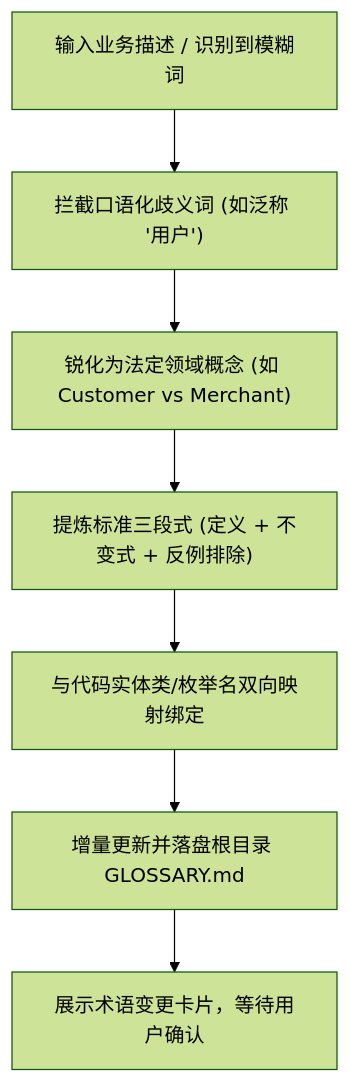
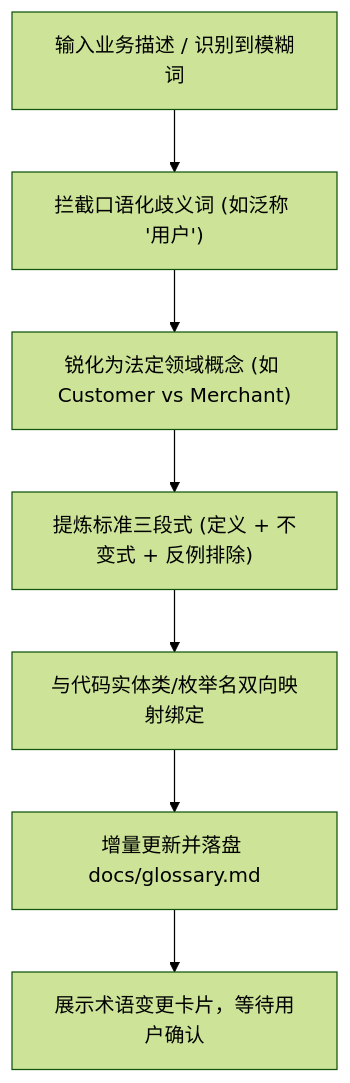
One commit to atengk/skills changed the diagram in docs/skills/at-glossary.md. Above: the diagram before and after it, drawn with Mermaid (forest theme). The commit also changed other lines of this file and 31 other files, not shown here.

````diff
--- a/docs/skills/at-glossary.md
+++ b/docs/skills/at-glossary.md
@@ -41,9 +41,9 @@
 ```mermaid
 flowchart TD
     Start["输入业务描述 / 识别到模糊词"] --> Detect["拦截口语化歧义词 (如泛称 '用户')"]
     Detect --> Sharpen["锐化为法定领域概念 (如 Customer vs Merchant)"]
     Sharpen --> FormCard["提炼标准三段式 (定义 + 不变式 + 反例排除)"]
     FormCard --> CodeAlign["与代码实体类/枚举名双向映射绑定"]
-    CodeAlign --> WriteGlossary["增量更新并落盘根目录 GLOSSARY.md"]
+    CodeAlign --> WriteGlossary["增量更新并落盘 docs/glossary.md"]
     WriteGlossary --> HumanGate["展示术语变更卡片，等待用户确认"]
 ```
````
